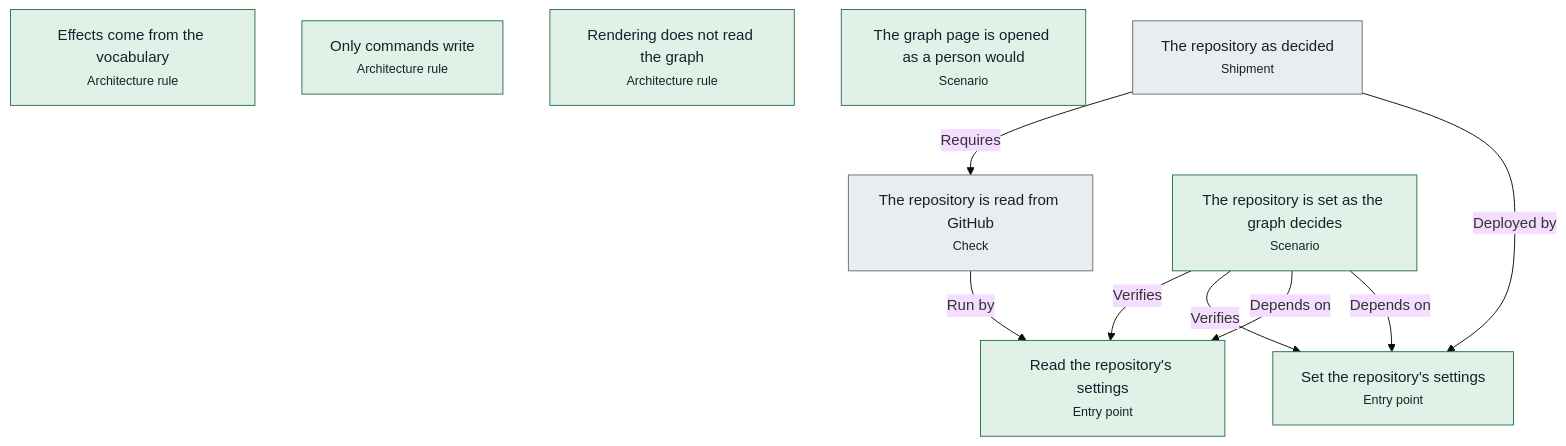
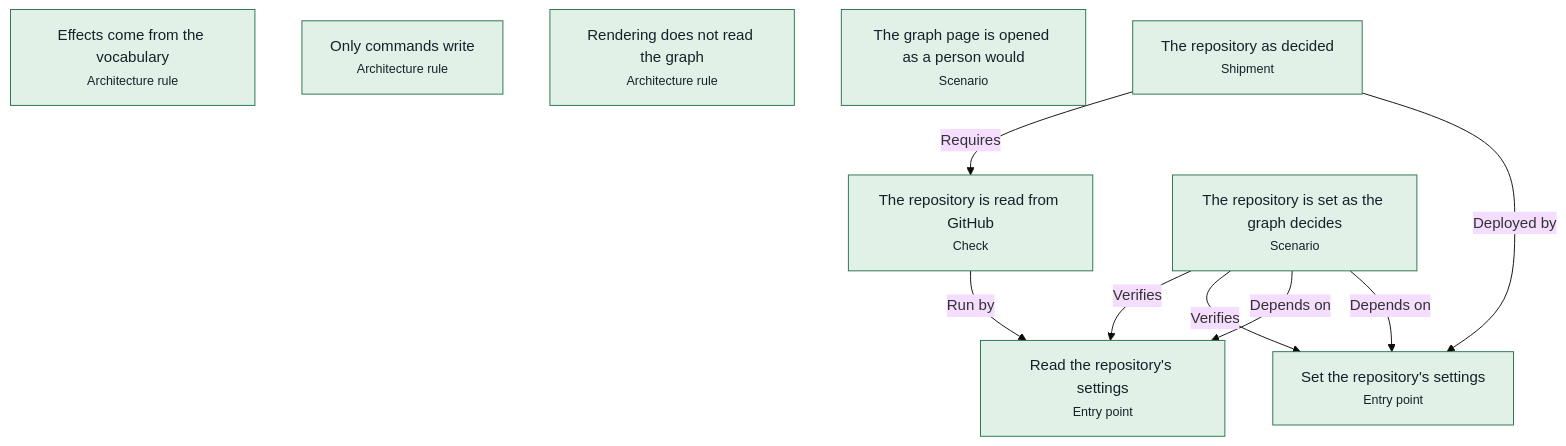
Before and after one commit to advancedcognitivesystems-ai/trame: the third of 4 diagrams in docs/pipelines.md, drawn with Mermaid (base theme). The commit also changed other lines of this file and 455 other files, not shown here.

````diff
--- a/docs/pipelines.md
+++ b/docs/pipelines.md
@@ -454,24 +458,24 @@
 ```mermaid
 flowchart TB
-  n0["The repository is read from GitHub<br/><small>Check</small>"]:::unknown
+  n0["The repository is read from GitHub<br/><small>Check</small>"]:::held
   n1["Read the repository's settings<br/><small>Entry point</small>"]:::held
   n2["Effects come from the vocabulary<br/><small>Architecture rule</small>"]:::held
   n3["Only commands write<br/><small>Architecture rule</small>"]:::held
   n4["Rendering does not read the graph<br/><small>Architecture rule</small>"]:::held
   n5["The repository is set as the graph decides<br/><small>Scenario</small>"]:::held
   n6["The graph page is opened as a person would<br/><small>Scenario</small>"]:::held
   n7["Set the repository's settings<br/><small>Entry point</small>"]:::held
-  n8["The repository as decided<br/><small>Shipment</small>"]:::unknown
+  n8["The repository as decided<br/><small>Shipment</small>"]:::held
   n0 -->|Run by| n1
   n8 -->|Requires| n0
   n8 -->|Deployed by| n7
   n5 -->|Verifies| n1
   n5 -->|Verifies| n7
   n5 -->|Depends on| n1
   n5 -->|Depends on| n7
   classDef held fill:#e1f1e7,stroke:#26734a,color:#17202a
   classDef blocked fill:#fbf0d9,stroke:#9a6200,color:#17202a
   classDef violated fill:#f9e3e1,stroke:#ad2a22,color:#17202a
   classDef unknown fill:#e9edf0,stroke:#65707c,color:#17202a
   classDef neutral fill:#ffffff,stroke:#5a6672,color:#17202a
 ```
````
